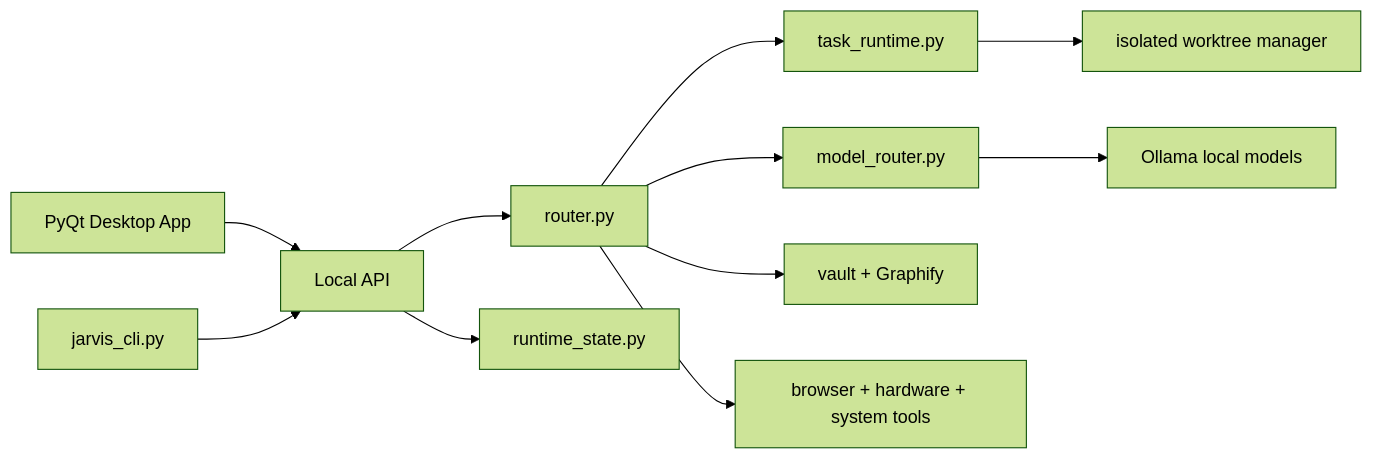
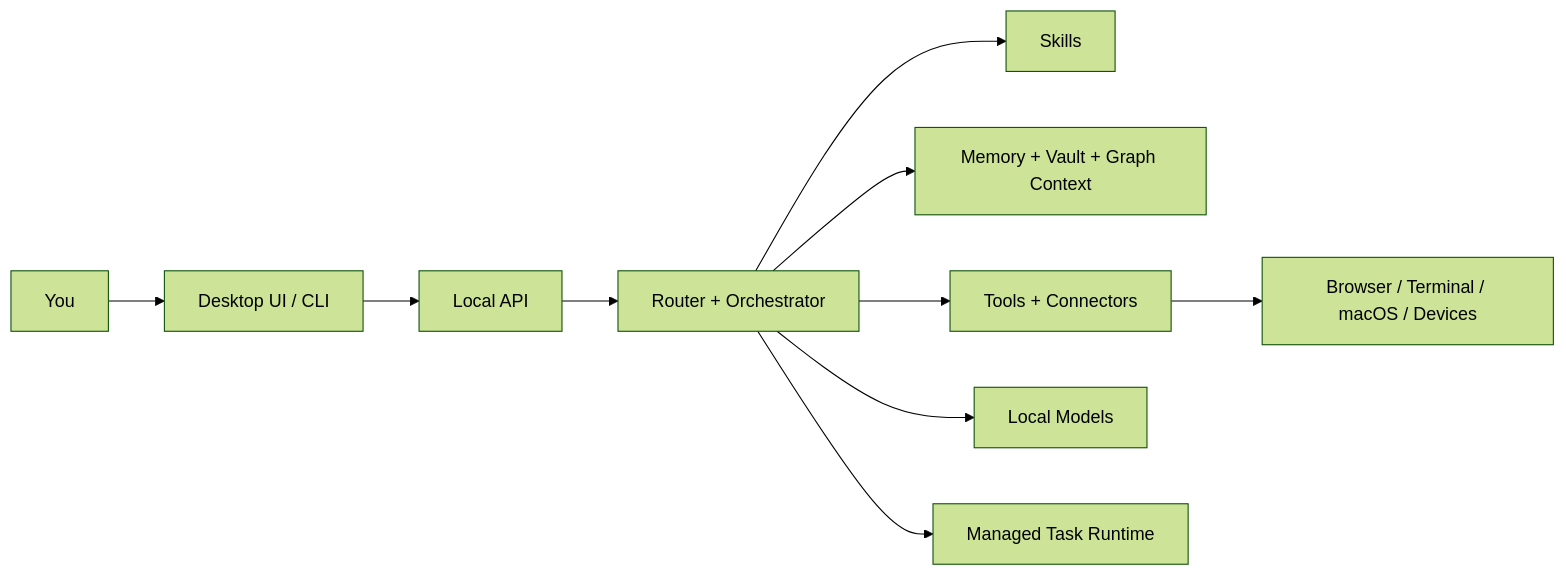
The diagram in README.md (amanimran786/jarvis-ai), drawn with Mermaid (forest theme) before and after one commit. The commit also changed other lines of this file and 13 other files, not shown here.

````diff
--- a/README.md
+++ b/README.md
@@ -256,13 +82,12 @@
 ```mermaid
 flowchart LR
-    UI["PyQt Desktop App"] --> API["Local API"]
-    CLI["jarvis_cli.py"] --> API
-    API --> Router["router.py"]
-    Router --> Runtime["task_runtime.py"]
-    Router --> Models["model_router.py"]
-    Models --> Ollama["Ollama local models"]
-    Router --> Vault["vault + Graphify"]
-    Router --> Browser["browser + hardware + system tools"]
-    Runtime --> Worktree["isolated worktree manager"]
-    API --> State["runtime_state.py"]
+    User["You"] --> UI["Desktop UI / CLI"]
+    UI --> API["Local API"]
+    API --> Router["Router + Orchestrator"]
+    Router --> Skills["Skills"]
+    Router --> Memory["Memory + Vault + Graph Context"]
+    Router --> Tools["Tools + Connectors"]
+    Router --> Models["Local Models"]
+    Router --> Tasks["Managed Task Runtime"]
+    Tools --> Mac["Browser / Terminal / macOS / Devices"]
 ```
````
